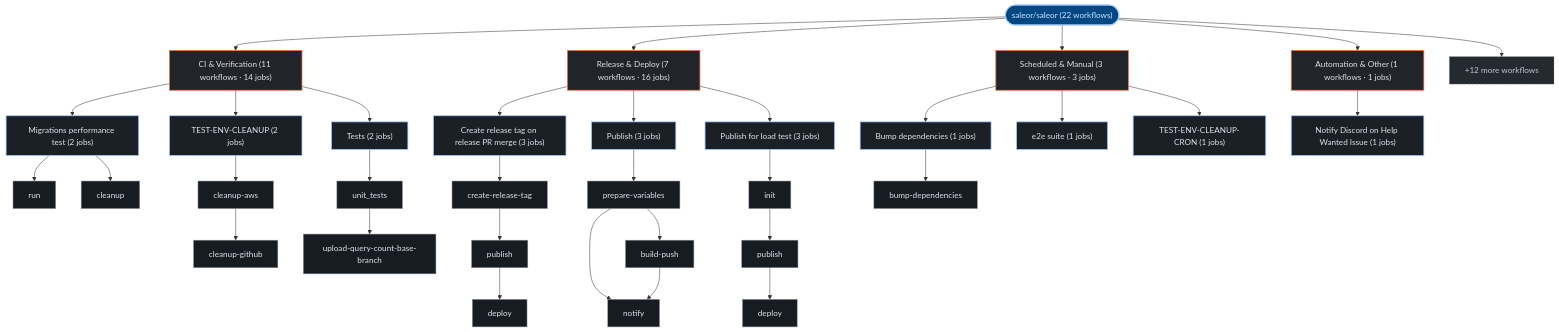
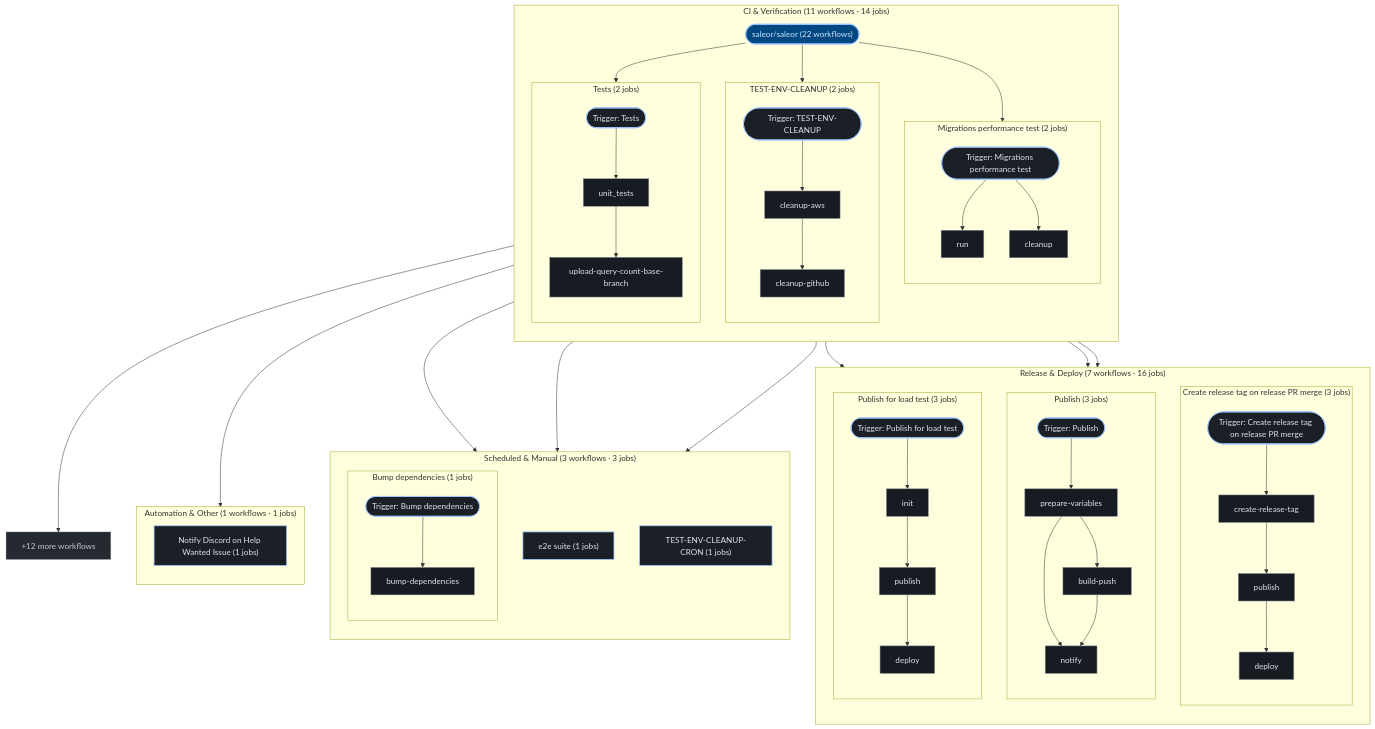
The third of 3 diagrams in exports/latest/reports/saleor-saleor-report.md (kumarshaz/atruss-code-atlas), drawn with Mermaid before and after one commit. The commit also changed 181 other files, not shown here.

````diff
--- a/exports/latest/reports/saleor-saleor-report.md
+++ b/exports/latest/reports/saleor-saleor-report.md
@@ -289,67 +289,92 @@
   classDef atlasAlert fill:#93000a,stroke:#ffb4ab,stroke-width:1.5px,color:#ffdad6
   classDef atlasMore fill:#252a31,stroke:#8d9199,stroke-dasharray:4 4,color:#c3c6cf
   pipeline_root(["saleor/saleor (22 workflows)"]):::atlasRoot
-  grp_0_CI___Verification["CI & Verification (11 workflows · 14 jobs)"]:::atlasCategory
-  pipeline_root --> grp_0_CI___Verification
-  wf_12_Migrations_performance_test["Migrations performance test (2 jobs)"]:::atlasWorkflow
-  grp_0_CI___Verification --> wf_12_Migrations_performance_test
-  job_12_run["run"]:::atlasJob
-  job_12_cleanup["cleanup"]:::atlasJob
-  wf_12_Migrations_performance_test --> job_12_run
-  wf_12_Migrations_performance_test --> job_12_cleanup
-  wf_17_TEST_ENV_CLEANUP["TEST-ENV-CLEANUP (2 jobs)"]:::atlasWorkflow
-  grp_0_CI___Verification --> wf_17_TEST_ENV_CLEANUP
-  job_17_cleanup_aws["cleanup-aws"]:::atlasJob
-  job_17_cleanup_github["cleanup-github"]:::atlasJob
-  wf_17_TEST_ENV_CLEANUP --> job_17_cleanup_aws
-  job_17_cleanup_aws --> job_17_cleanup_github
-  wf_21_Tests["Tests (2 jobs)"]:::atlasWorkflow
-  grp_0_CI___Verification --> wf_21_Tests
-  job_21_unit_tests["unit_tests"]:::atlasJob
-  job_21_upload_query_count_base_branch["upload-query-count-base-branch"]:::atlasJob
-  wf_21_Tests --> job_21_unit_tests
-  job_21_unit_tests --> job_21_upload_query_count_base_branch
-  grp_1_Release___Deploy["Release & Deploy (7 workflows · 16 jobs)"]:::atlasCategory
-  pipeline_root --> grp_1_Release___Deploy
-  wf_4_Create_release_tag_on_release_PR_merge["Create release tag on release PR merge (3 jobs)"]:::atlasWorkflow
-  grp_1_Release___Deploy --> wf_4_Create_release_tag_on_release_PR_merge
-  job_4_create_release_tag["create-release-tag"]:::atlasJob
-  job_4_publish["publish"]:::atlasJob
-  job_4_deploy["deploy"]:::atlasJob
-  wf_4_Create_release_tag_on_release_PR_merge --> job_4_create_release_tag
-  job_4_create_release_tag --> job_4_publish
-  job_4_publish --> job_4_deploy
-  wf_13_Publish["Publish (3 jobs)"]:::atlasWorkflow
-  grp_1_Release___Deploy --> wf_13_Publish
-  job_13_prepare_variables["prepare-variables"]:::atlasJob
-  job_13_build_push["build-push"]:::atlasJob
-  job_13_notify["notify"]:::atlasJob
-  wf_13_Publish --> job_13_prepare_variables
-  job_13_prepare_variables --> job_13_build_push
-  job_13_prepare_variables --> job_13_notify
-  job_13_build_push --> job_13_notify
-  wf_14_Publish_for_load_test["Publish for load test (3 jobs)"]:::atlasWorkflow
-  grp_1_Release___Deploy --> wf_14_Publish_for_load_test
-  job_14_init["init"]:::atlasJob
-  job_14_publish["publish"]:::atlasJob
-  job_14_deploy["deploy"]:::atlasJob
-  wf_14_Publish_for_load_test --> job_14_init
-  job_14_init --> job_14_publish
-  job_14_publish --> job_14_deploy
-  grp_2_Scheduled___Manual["Scheduled & Manual (3 workflows · 3 jobs)"]:::atlasCategory
-  pipeline_root --> grp_2_Scheduled___Manual
-  wf_0_Bump_dependencies["Bump dependencies (1 jobs)"]:::atlasWorkflow
-  grp_2_Scheduled___Manual --> wf_0_Bump_dependencies
-  job_0_bump_dependencies["bump-dependencies"]:::atlasJob
-  wf_0_Bump_dependencies --> job_0_bump_dependencies
-  wf_6_e2e_suite["e2e suite (1 jobs)"]:::atlasWorkflow
-  grp_2_Scheduled___Manual --> wf_6_e2e_suite
-  wf_16_TEST_ENV_CLEANUP_CRON["TEST-ENV-CLEANUP-CRON (1 jobs)"]:::atlasWorkflow
-  grp_2_Scheduled___Manual --> wf_16_TEST_ENV_CLEANUP_CRON
-  grp_3_Automation___Other["Automation & Other (1 workflows · 1 jobs)"]:::atlasCategory
-  pipeline_root --> grp_3_Automation___Other
-  wf_9_Notify_Discord_on_Help_Wanted_Issue["Notify Discord on Help Wanted Issue (1 jobs)"]:::atlasWorkflow
-  grp_3_Automation___Other --> wf_9_Notify_Discord_on_Help_Wanted_Issue
+  subgraph sg_grp_0_CI___Verification["CI & Verification (11 workflows · 14 jobs)"]
+    direction TB
+    subgraph sg_wf_12_Migrations_performance_test["Migrations performance test (2 jobs)"]
+      direction TB
+      wf_12_Migrations_performance_test(["Trigger: Migrations performance test"]):::atlasWorkflow
+      job_12_run["run"]:::atlasJob
+      job_12_cleanup["cleanup"]:::atlasJob
+      wf_12_Migrations_performance_test --> job_12_run
+      wf_12_Migrations_performance_test --> job_12_cleanup
+    end
+    pipeline_root --> wf_12_Migrations_performance_test
+    subgraph sg_wf_17_TEST_ENV_CLEANUP["TEST-ENV-CLEANUP (2 jobs)"]
+      direction TB
+      wf_17_TEST_ENV_CLEANUP(["Trigger: TEST-ENV-CLEANUP"]):::atlasWorkflow
+      job_17_cleanup_aws["cleanup-aws"]:::atlasJob
+      job_17_cleanup_github["cleanup-github"]:::atlasJob
+      wf_17_TEST_ENV_CLEANUP --> job_17_cleanup_aws
+      job_17_cleanup_aws --> job_17_cleanup_github
+    end
+    pipeline_root --> wf_17_TEST_ENV_CLEANUP
+    subgraph sg_wf_21_Tests["Tests (2 jobs)"]
+      direction TB
+      wf_21_Tests(["Trigger: Tests"]):::atlasWorkflow
+      job_21_unit_tests["unit_tests"]:::atlasJob
+      job_21_upload_query_count_base_branch["upload-query-count-base-branch"]:::atlasJob
+      wf_21_Tests --> job_21_unit_tests
+      job_21_unit_tests --> job_21_upload_query_count_base_branch
+    end
+    pipeline_root --> wf_21_Tests
+  end
+  subgraph sg_grp_1_Release___Deploy["Release & Deploy (7 workflows · 16 jobs)"]
+    direction TB
+    subgraph sg_wf_4_Create_release_tag_on_release_PR_merge["Create release tag on release PR merge (3 jobs)"]
+      direction TB
+      wf_4_Create_release_tag_on_release_PR_merge(["Trigger: Create release tag on release PR merge"]):::atlasWorkflow
+      job_4_create_release_tag["create-release-tag"]:::atlasJob
+      job_4_publish["publish"]:::atlasJob
+      job_4_deploy["deploy"]:::atlasJob
+      wf_4_Create_release_tag_on_release_PR_merge --> job_4_create_release_tag
+      job_4_create_release_tag --> job_4_publish
+      job_4_publish --> job_4_deploy
+    end
+    pipeline_root --> wf_4_Create_release_tag_on_release_PR_merge
+    subgraph sg_wf_13_Publish["Publish (3 jobs)"]
+      direction TB
+      wf_13_Publish(["Trigger: Publish"]):::atlasWorkflow
+      job_13_prepare_variables["prepare-variables"]:::atlasJob
+      job_13_build_push["build-push"]:::atlasJob
+      job_13_notify["notify"]:::atlasJob
+      wf_13_Publish --> job_13_prepare_variables
+      job_13_prepare_variables --> job_13_build_push
+      job_13_prepare_variables --> job_13_notify
+      job_13_build_push --> job_13_notify
+    end
+    pipeline_root --> wf_13_Publish
+    subgraph sg_wf_14_Publish_for_load_test["Publish for load test (3 jobs)"]
+      direction TB
+      wf_14_Publish_for_load_test(["Trigger: Publish for load test"]):::atlasWorkflow
+      job_14_init["init"]:::atlasJob
+      job_14_publish["publish"]:::atlasJob
+      job_14_deploy["deploy"]:::atlasJob
+      wf_14_Publish_for_load_test --> job_14_init
+      job_14_init --> job_14_publish
+      job_14_publish --> job_14_deploy
+    end
+    pipeline_root --> wf_14_Publish_for_load_test
+  end
+  subgraph sg_grp_2_Scheduled___Manual["Scheduled & Manual (3 workflows · 3 jobs)"]
+    direction TB
+    subgraph sg_wf_0_Bump_dependencies["Bump dependencies (1 jobs)"]
+      direction TB
+      wf_0_Bump_dependencies(["Trigger: Bump dependencies"]):::atlasWorkflow
+      job_0_bump_dependencies["bump-dependencies"]:::atlasJob
+      wf_0_Bump_dependencies --> job_0_bump_dependencies
+    end
+    pipeline_root --> wf_0_Bump_dependencies
+    wf_6_e2e_suite["e2e suite (1 jobs)"]:::atlasWorkflow
+    pipeline_root --> wf_6_e2e_suite
+    wf_16_TEST_ENV_CLEANUP_CRON["TEST-ENV-CLEANUP-CRON (1 jobs)"]:::atlasWorkflow
+    pipeline_root --> wf_16_TEST_ENV_CLEANUP_CRON
+  end
+  subgraph sg_grp_3_Automation___Other["Automation & Other (1 workflows · 1 jobs)"]
+    direction TB
+    wf_9_Notify_Discord_on_Help_Wanted_Issue["Notify Discord on Help Wanted Issue (1 jobs)"]:::atlasWorkflow
+    pipeline_root --> wf_9_Notify_Discord_on_Help_Wanted_Issue
+  end
   wf_more["+12 more workflows"]:::atlasMore
   pipeline_root --> wf_more
 ```
````
